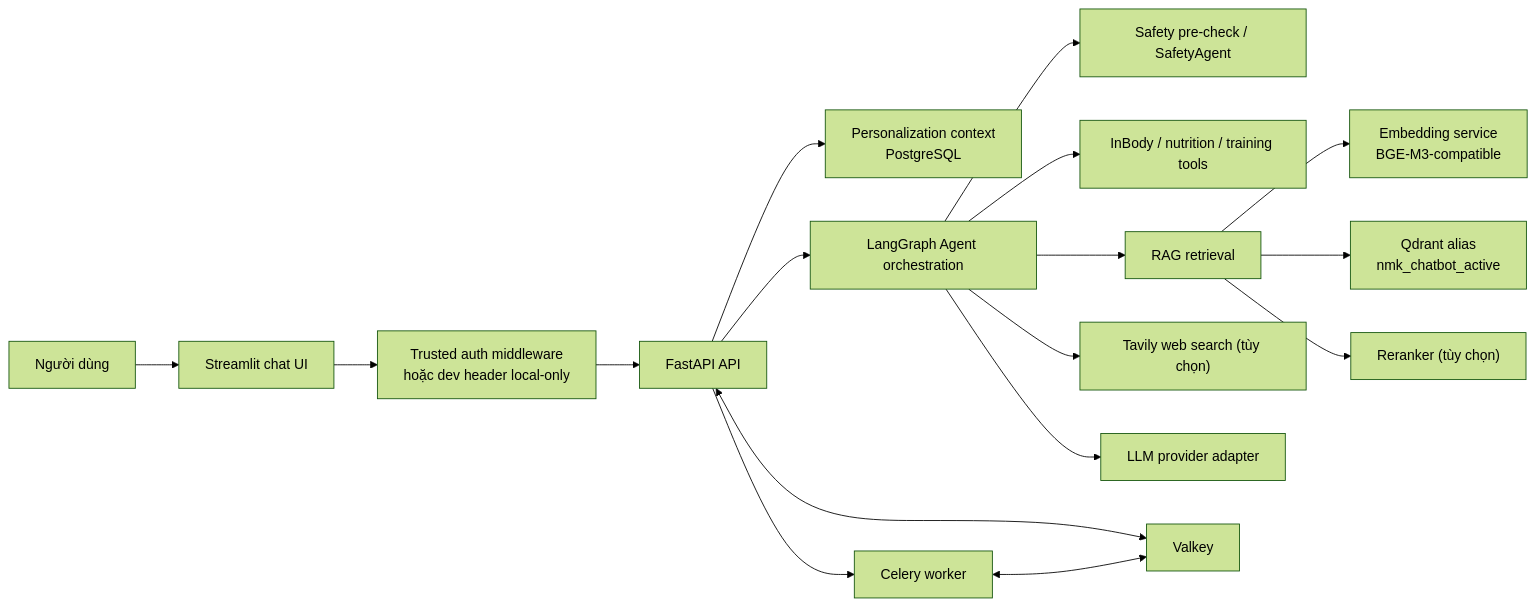
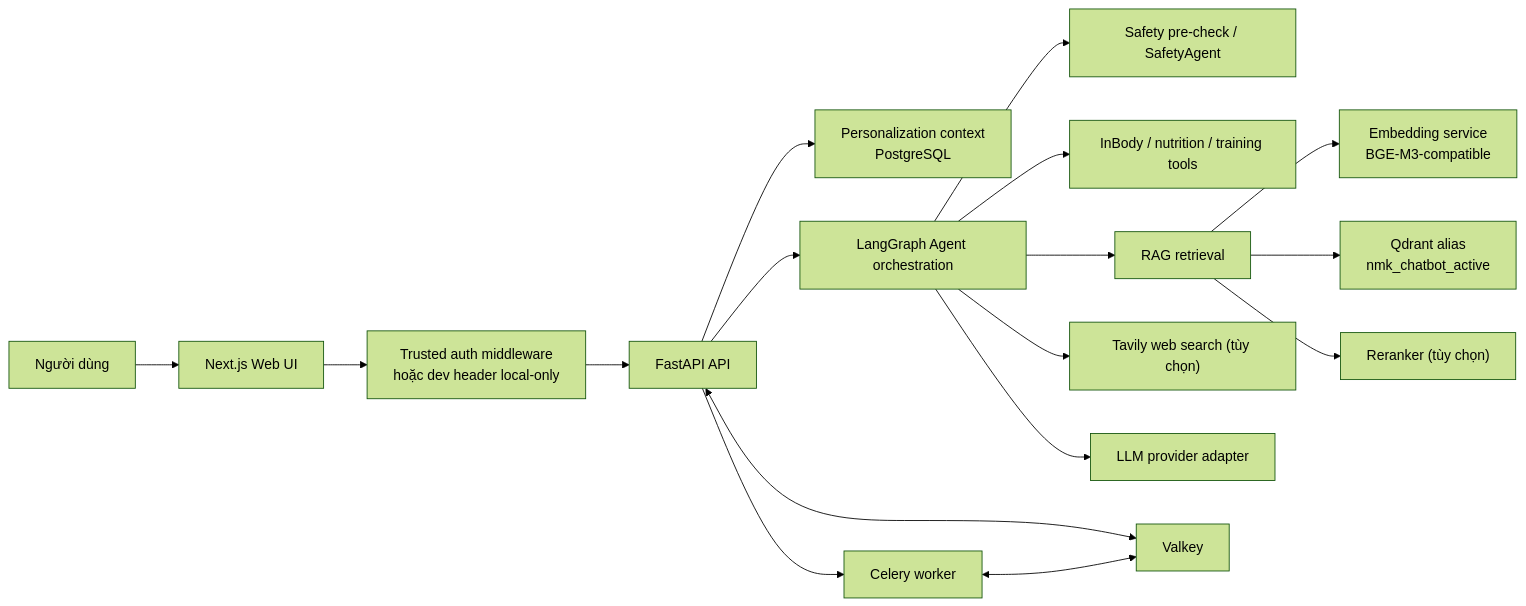
The first of 5 diagrams in ARCH.MD (duonyyy/Health-InBody-Agent-RAG), drawn with Mermaid (forest theme) before and after one commit. The commit also changed other lines of this file and 53 other files, not shown here.

Commit message:
refactor(frontend): replace legacy streamlit ui with nextjs 16 web application

````diff
--- a/ARCH.MD
+++ b/ARCH.MD
@@ -33,19 +33,19 @@
 ```mermaid
 flowchart LR
-    U["Người dùng"] --> FE["Streamlit chat UI"]
+    U["Người dùng"] --> FE["Next.js Web UI"]
     FE --> AUTH["Trusted auth middleware\nhoặc dev header local-only"]
     AUTH --> API["FastAPI API"]
     API --> PC["Personalization context\nPostgreSQL"]
     API --> AG["LangGraph Agent orchestration"]
     AG --> SAFE["Safety pre-check / SafetyAgent"]
     AG --> TOOLS["InBody / nutrition / training tools"]
     AG --> RET["RAG retrieval"]
     AG --> WEB["Tavily web search (tùy chọn)"]
     RET --> EMB["Embedding service\nBGE-M3-compatible"]
     RET --> QD["Qdrant alias\nnmk_chatbot_active"]
     RET --> RR["Reranker (tùy chọn)"]
     AG --> LLM["LLM provider adapter"]
     API <--> V["Valkey"]
     API --> CW["Celery worker"]
     CW <--> V
 ```
````
